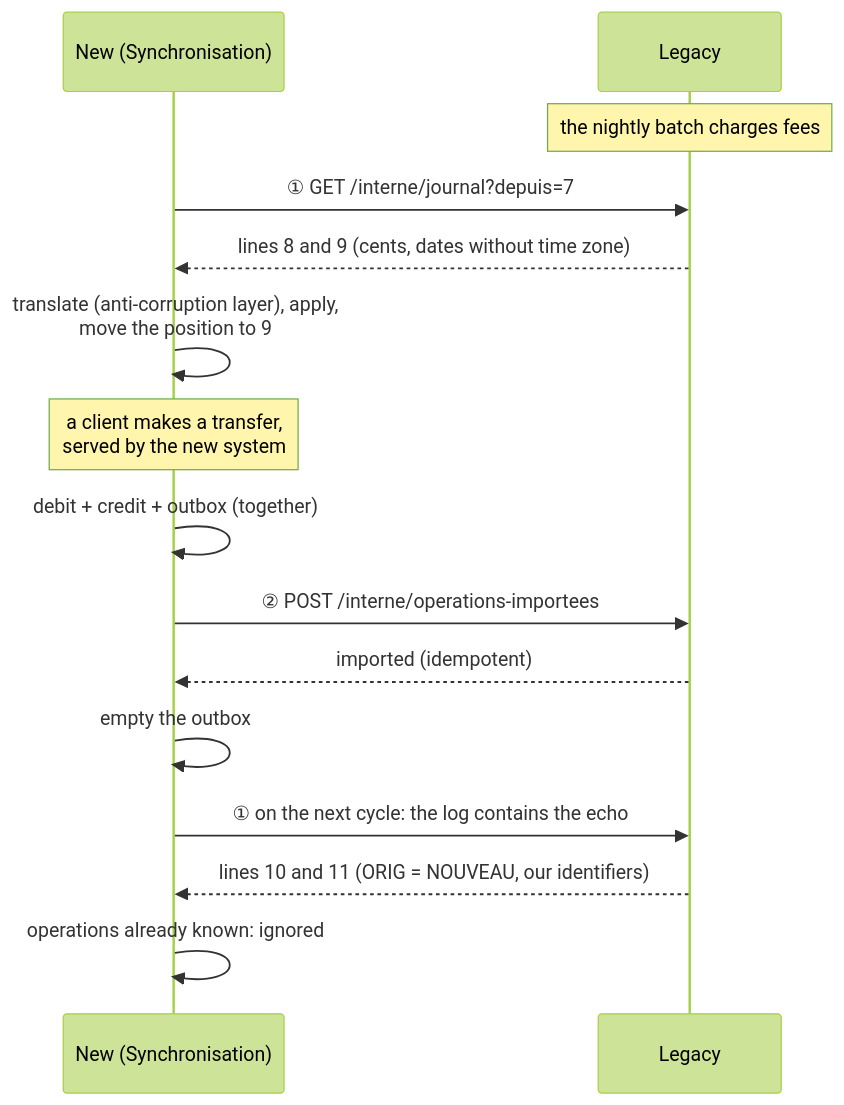
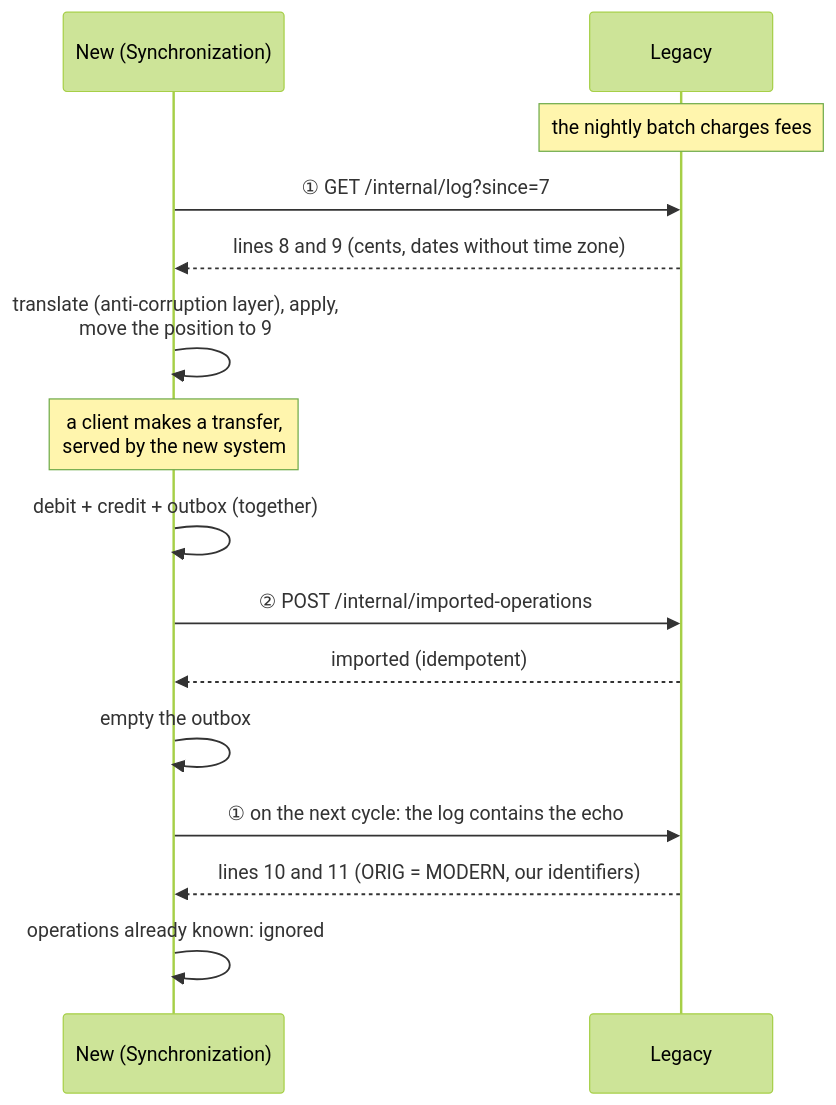
The fourth of 4 diagrams in Docs/en/22-strangler-fig.md (drangoht/ArchitecturesDemo), drawn with Mermaid (forest theme) before and after one commit. The commit also changed other lines of this file and 78 other files, not shown here.

First line of the commit message:
Docs EN : identifiants, liens, diagrammes et sorties alignés sur le code anglais

````diff
--- a/Docs/en/22-strangler-fig.md
+++ b/Docs/en/22-strangler-fig.md
@@ -171,17 +170,17 @@
 ```mermaid
 sequenceDiagram
-    participant N as New (Synchronisation)
+    participant N as New (Synchronization)
     participant A as Legacy
     Note over A: the nightly batch charges fees
-    N->>A: ① GET /interne/journal?depuis=7
+    N->>A: ① GET /internal/log?since=7
     A-->>N: lines 8 and 9 (cents, dates without time zone)
     N->>N: translate (anti-corruption layer), apply,<br/>move the position to 9
     Note over N: a client makes a transfer,<br/>served by the new system
     N->>N: debit + credit + outbox (together)
-    N->>A: ② POST /interne/operations-importees
+    N->>A: ② POST /internal/imported-operations
     A-->>N: imported (idempotent)
     N->>N: empty the outbox
     N->>A: ① on the next cycle: the log contains the echo
-    A-->>N: lines 10 and 11 (ORIG = NOUVEAU, our identifiers)
+    A-->>N: lines 10 and 11 (ORIG = MODERN, our identifiers)
     N->>N: operations already known: ignored
 ```
````
